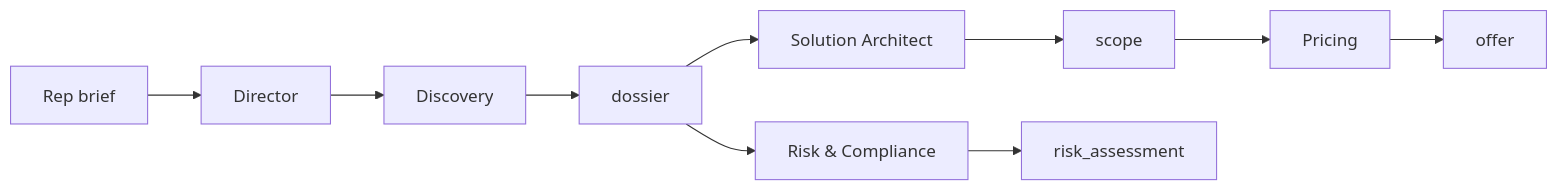
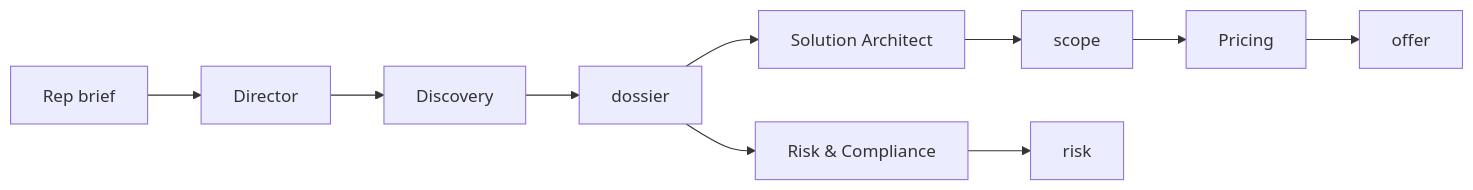
The second of 2 diagrams in offer-builder/offer-builder-agent.md (samuelfreemanjobs-hash/ceo), drawn with Mermaid before and after one commit. The commit also changed 15 other files, not shown here.

First line of the commit message:
feat(offer-builder): align enterprise schemas and prompts to offer-schema v1.0.0

````diff
--- a/offer-builder/offer-builder-agent.md
+++ b/offer-builder/offer-builder-agent.md
@@ -45,12 +45,12 @@
 ```mermaid
 flowchart LR
     Rep[Rep brief] --> Director[Director]
     Director --> Disc[Discovery]
     Disc --> Dossier[dossier]
     Dossier --> SA[Solution Architect]
     Dossier --> Risk[Risk & Compliance]
     SA --> Scope[scope]
-    Risk --> RiskOut[risk_assessment]
+    Risk --> RiskOut[risk]
     Scope --> Pricing[Pricing]
     Pricing --> Offer[offer]
 ```
````
